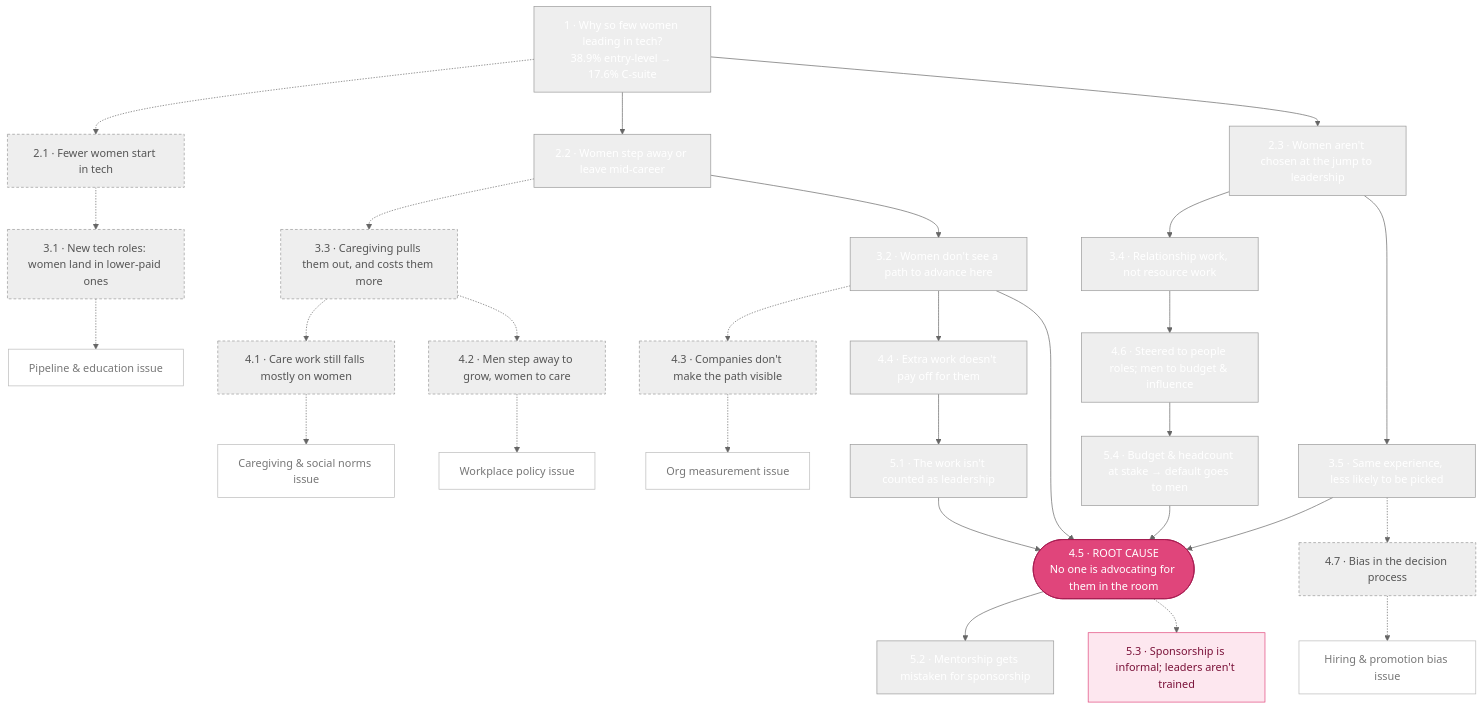
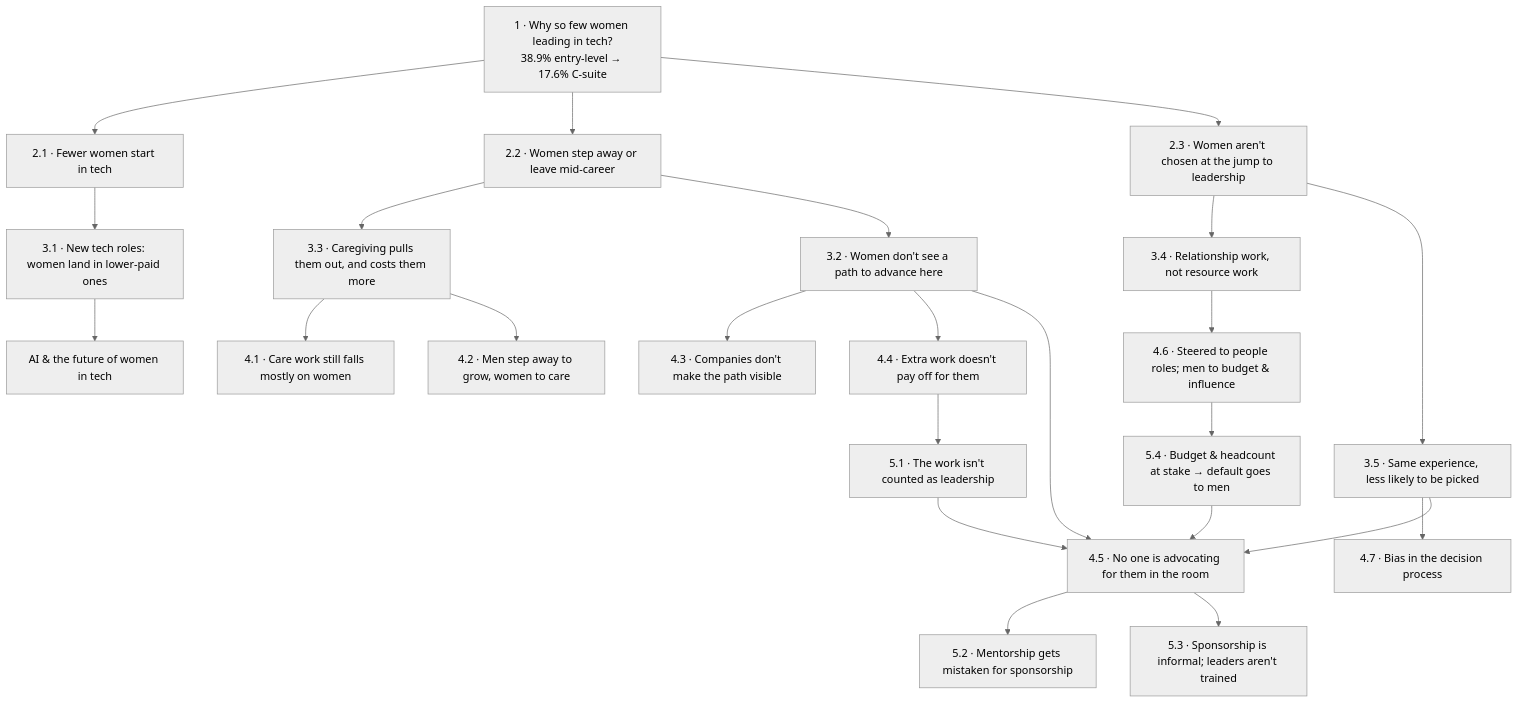
Before and after one commit to zoelavena/brain-womenintech: the diagram in wiki/five-whys-tree.md, drawn with Mermaid (neutral theme). The commit also changed other lines of this file and 26 other files, not shown here.

````diff
--- a/wiki/five-whys-tree.md
+++ b/wiki/five-whys-tree.md
@@ -20,50 +17,41 @@
 ```mermaid
 flowchart TD
     N1["1 · Why so few women leading in tech?<br/>38.9% entry-level → 17.6% C-suite"]
-    N21["2.1 · Fewer women start in tech"]:::oos
-    N31["3.1 · New tech roles: women land in lower-paid ones"]:::oos
-    TP["Pipeline & education issue"]:::term
+    N21["2.1 · Fewer women start in tech"]
+    N31["3.1 · New tech roles: women land in lower-paid ones"]
     N22["2.2 · Women step away or leave mid-career"]
-    N33["3.3 · Caregiving pulls them out, and costs them more"]:::oos
-    N41["4.1 · Care work still falls mostly on women"]:::oos
-    N42["4.2 · Men step away to grow, women to care"]:::oos
-    TC["Caregiving & social norms issue"]:::term
-    TPol["Workplace policy issue"]:::term
+    N33["3.3 · Caregiving pulls them out, and costs them more"]
+    N41["4.1 · Care work still falls mostly on women"]
+    N42["4.2 · Men step away to grow, women to care"]
     N32["3.2 · Women don't see a path to advance here"]
-    N43["4.3 · Companies don't make the path visible"]:::oos
-    TM["Org measurement issue"]:::term
+    N43["4.3 · Companies don't make the path visible"]
     N44["4.4 · Extra work doesn't pay off for them"]
     N51["5.1 · The work isn't counted as leadership"]
     N23["2.3 · Women aren't chosen at the jump to leadership"]
     N34["3.4 · Relationship work, not resource work"]
     N46["4.6 · Steered to people roles; men to budget & influence"]
     N54["5.4 · Budget & headcount at stake → default goes to men"]
     N35["3.5 · Same experience, less likely to be picked"]
-    N47["4.7 · Bias in the decision process"]:::oos
-    TB["Hiring & promotion bias issue"]:::term
-    N45(["4.5 · ROOT CAUSE<br/>No one is advocating for them in the room"]):::root
+    N47["4.7 · Bias in the decision process"]
+    N45["4.5 · No one is advocating for them in the room"]
     N52["5.2 · Mentorship gets mistaken for sponsorship"]
-    N53["5.3 · Sponsorship is informal; leaders aren't trained"]:::company
+    N53["5.3 · Sponsorship is informal; leaders aren't trained"]
+    TAI["AI & the future of women in tech"]
 
-    N1 -.-> N21 -.-> N31 -.-> TP
+    N1 --> N21 --> N31 --> TAI
     N1 --> N22
     N1 --> N23
-    N22 -.-> N33
-    N33 -.-> N41 -.-> TC
-    N33 -.-> N42 -.-> TPol
+    N22 --> N33
+    N33 --> N41
+    N33 --> N42
     N22 --> N32
-    N32 -.-> N43 -.-> TM
+    N32 --> N43
     N32 --> N44 --> N51 --> N45
     N32 --> N45
     N23 --> N34 --> N46 --> N54 --> N45
     N23 --> N35
-    N35 -.-> N47 -.-> TB
+    N35 --> N47
     N35 --> N45
     N45 --> N52
-    N45 -.-> N53
-
-    classDef oos fill:#eee,stroke:#999,color:#555,stroke-dasharray: 4 3
-    classDef term fill:#fff,stroke:#bbb,color:#777
-    classDef root fill:#e0457b,stroke:#a3164c,color:#fff
-    classDef company fill:#fde7ef,stroke:#e0457b,color:#7a1239
+    N45 --> N53
 ```
````
